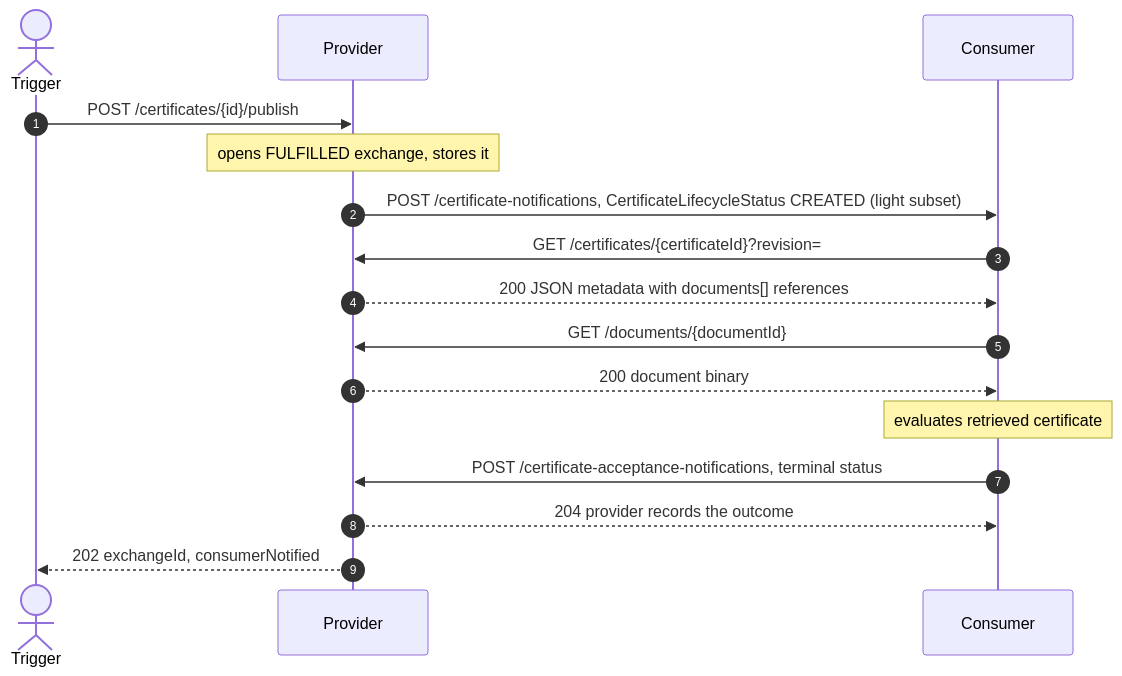
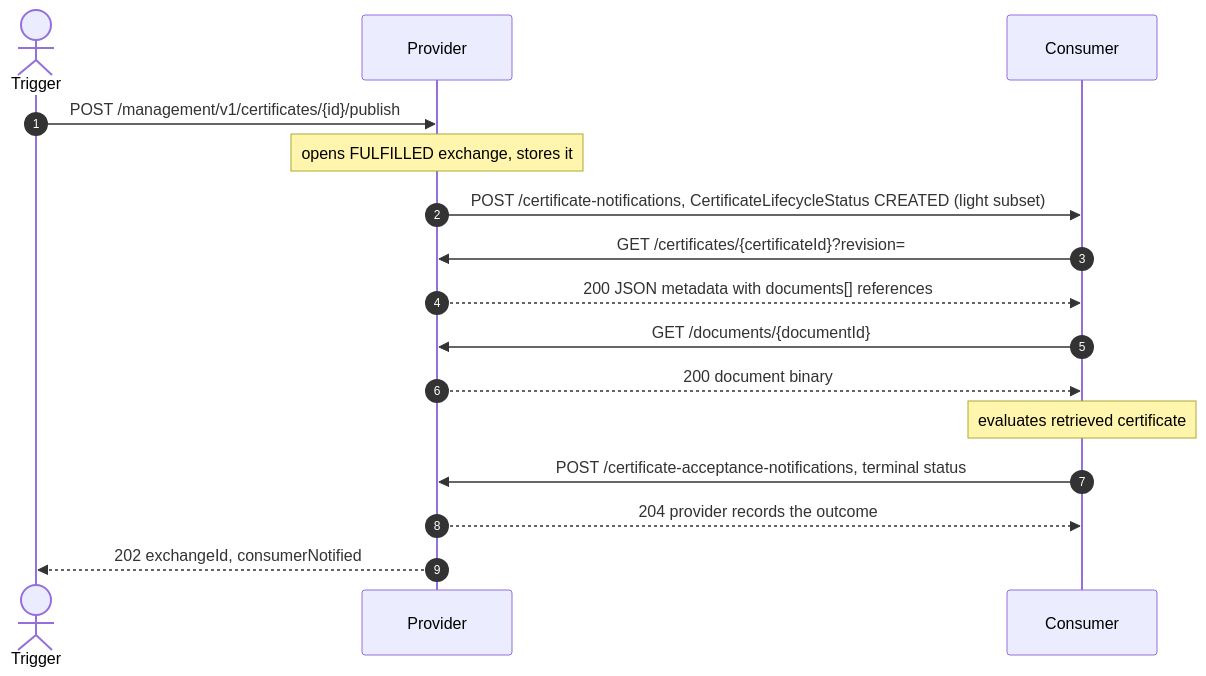
The third of 5 diagrams in docs/FLOWS.md (Metaform/certo), drawn with Mermaid before and after one commit. The commit also changed other lines of this file and 76 other files, not shown here.

````diff
--- a/docs/FLOWS.md
+++ b/docs/FLOWS.md
@@ -151,18 +155,18 @@
 ```mermaid
 sequenceDiagram
     autonumber
     actor T as Trigger
     participant P as Provider
     participant C as Consumer
-    T->>P: POST /certificates/{id}/publish
+    T->>P: POST /management/v1/certificates/{id}/publish
     Note over P: opens FULFILLED exchange, stores it
     P->>C: POST /certificate-notifications, CertificateLifecycleStatus CREATED (light subset)
     C->>P: GET /certificates/{certificateId}?revision=
     P-->>C: 200 JSON metadata with documents[] references
     C->>P: GET /documents/{documentId}
     P-->>C: 200 document binary
     Note over C: evaluates retrieved certificate
     C->>P: POST /certificate-acceptance-notifications, terminal status
     P-->>C: 204 provider records the outcome
     P-->>T: 202 exchangeId, consumerNotified
 ```
````
